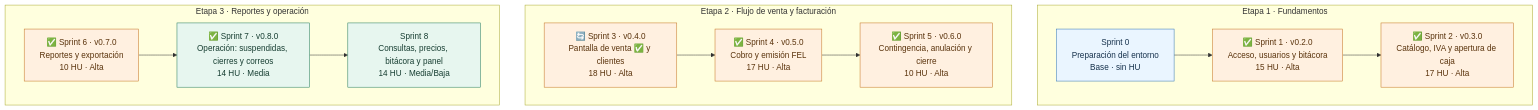
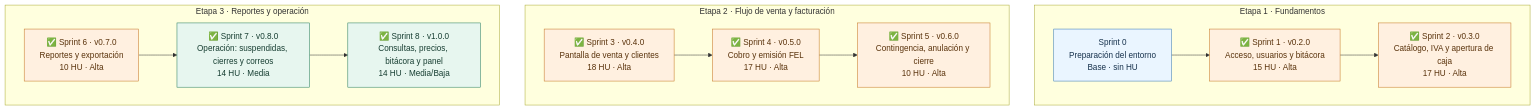
The third of 3 diagrams in README.md (Sergio-Dominguez05/pos-supermercado), drawn with Mermaid before and after one commit. The commit also changed other lines of this file, not shown here.

````diff
--- a/README.md
+++ b/README.md
@@ -180,24 +187,24 @@
 ```mermaid
 flowchart TB
     subgraph BASE["Etapa 1 · Fundamentos"]
         direction LR
         S0["Sprint 0<br/>Preparación del entorno<br/>Base · sin HU"] --> S1["✅ Sprint 1 · v0.2.0<br/>Acceso, usuarios y bitácora<br/>15 HU · Alta"] --> S2["✅ Sprint 2 · v0.3.0<br/>Catálogo, IVA y apertura de caja<br/>17 HU · Alta"]
     end
 
     subgraph NUCLEO["Etapa 2 · Flujo de venta y facturación"]
         direction LR
-        S3["🔄 Sprint 3 · v0.4.0<br/>Pantalla de venta ✅ y clientes<br/>18 HU · Alta"] --> S4["✅ Sprint 4 · v0.5.0<br/>Cobro y emisión FEL<br/>17 HU · Alta"] --> S5["✅ Sprint 5 · v0.6.0<br/>Contingencia, anulación y cierre<br/>10 HU · Alta"]
+        S3["✅ Sprint 3 · v0.4.0<br/>Pantalla de venta y clientes<br/>18 HU · Alta"] --> S4["✅ Sprint 4 · v0.5.0<br/>Cobro y emisión FEL<br/>17 HU · Alta"] --> S5["✅ Sprint 5 · v0.6.0<br/>Contingencia, anulación y cierre<br/>10 HU · Alta"]
     end
 
     subgraph MEJORAS["Etapa 3 · Reportes y operación"]
         direction LR
-        S6["✅ Sprint 6 · v0.7.0<br/>Reportes y exportación<br/>10 HU · Alta"] --> S7["✅ Sprint 7 · v0.8.0<br/>Operación: suspendidas, cierres y correos<br/>14 HU · Media"] --> S8["Sprint 8<br/>Consultas, precios, bitácora y panel<br/>14 HU · Media/Baja"]
+        S6["✅ Sprint 6 · v0.7.0<br/>Reportes y exportación<br/>10 HU · Alta"] --> S7["✅ Sprint 7 · v0.8.0<br/>Operación: suspendidas, cierres y correos<br/>14 HU · Media"] --> S8["✅ Sprint 8 · v1.0.0<br/>Consultas, precios, bitácora y panel<br/>14 HU · Media/Baja"]
     end
 
     classDef base fill:#eaf5ff,stroke:#3275b3,color:#17324d;
     classDef alta fill:#fff0e0,stroke:#c47420,color:#5a330c;
     classDef media fill:#e7f6ef,stroke:#21795d,color:#173e32;
     class S0 base;
     class S1,S2,S3,S4,S5,S6 alta;
     class S7,S8 media;
 ```
````
